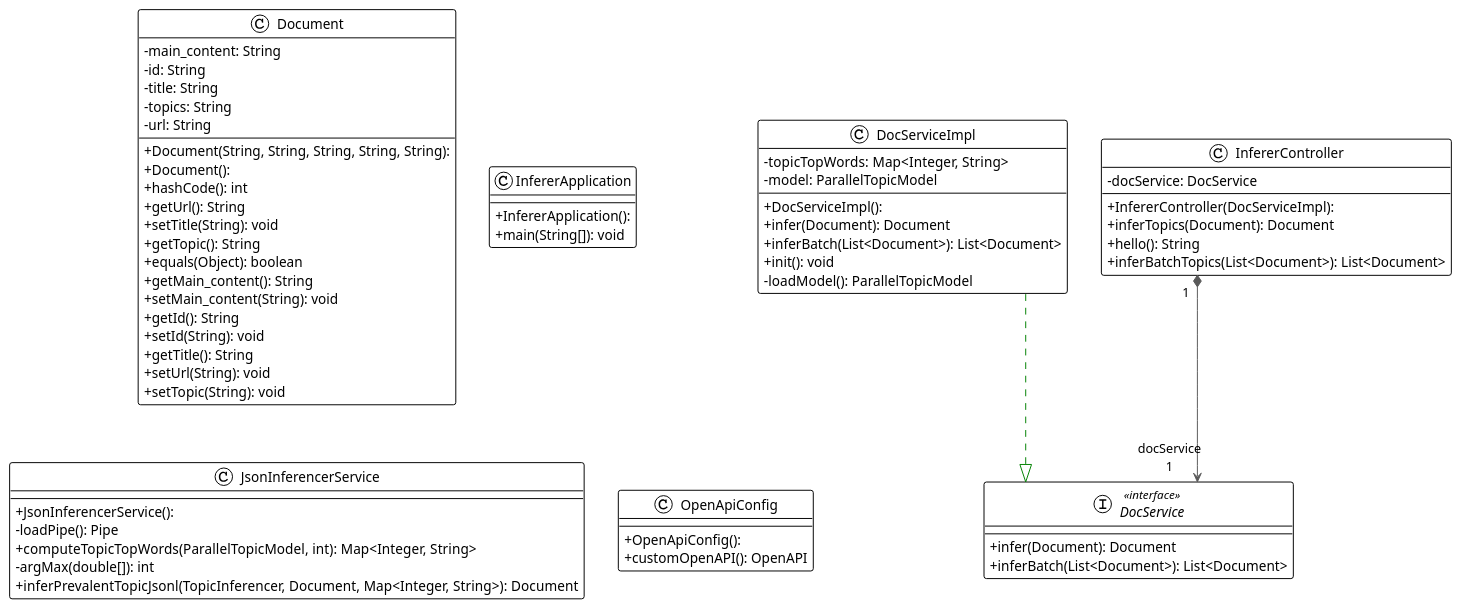
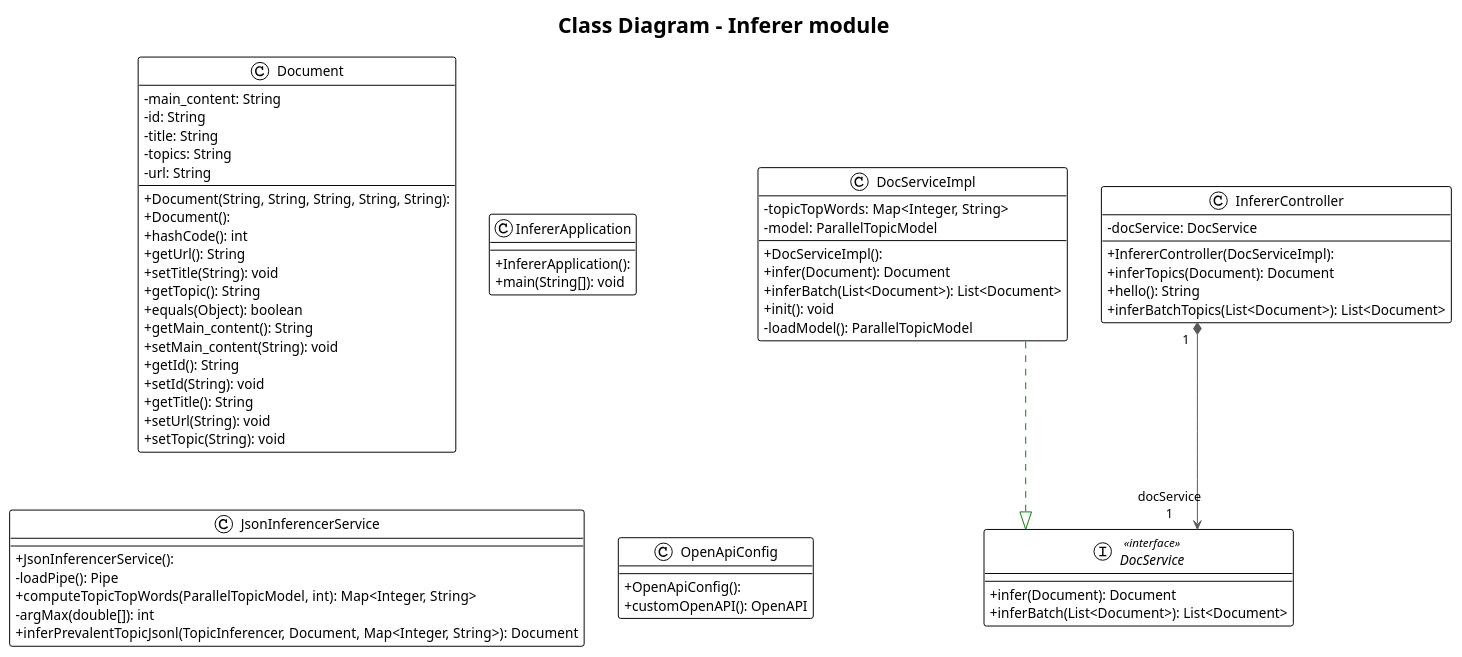
The diagram in documentation/Immagini presentazione/4+1 view model/Logical_structural_view/Class_diagram/inferer_ClassDiagram.plantuml (esspadoo/microservices-web-app), drawn with PlantUML before and after one commit. The commit also changed 7 other files, not shown here.

Commit message:
updated class diagram docs

```diff
--- a/documentation/Immagini presentazione/4+1 view model/Logical_structural_view/Class_diagram/inferer_ClassDiagram.plantuml
+++ b/documentation/Immagini presentazione/4+1 view model/Logical_structural_view/Class_diagram/inferer_ClassDiagram.plantuml
@@ -1,66 +1,68 @@
 @startuml
 !theme plain
 top to bottom direction
 skinparam linetype ortho
 skinparam classAttributeIconSize 0
+
+title Class Diagram - Inferer module
 
 interface DocService << interface >> {
   + infer(Document): Document
   + inferBatch(List<Document>): List<Document>
 }
 class DocServiceImpl {
   + DocServiceImpl(): 
   - topicTopWords: Map<Integer, String>
   - model: ParallelTopicModel
   + infer(Document): Document
   + inferBatch(List<Document>): List<Document>
   + init(): void
   - loadModel(): ParallelTopicModel
 }
 class Document {
   + Document(String, String, String, String, String): 
   + Document(): 
   - main_content: String
   - id: String
   - title: String
   - topics: String
   - url: String
   + hashCode(): int
   + getUrl(): String
   + setTitle(String): void
   + getTopic(): String
   + equals(Object): boolean
   + getMain_content(): String
   + setMain_content(String): void
   + getId(): String
   + setId(String): void
   + getTitle(): String
   + setUrl(String): void
   + setTopic(String): void
 }
 class InfererApplication {
   + InfererApplication(): 
   + main(String[]): void
 }
 class InfererController {
   + InfererController(DocServiceImpl): 
   - docService: DocService
   + inferTopics(Document): Document
   + hello(): String
   + inferBatchTopics(List<Document>): List<Document>
 }
 class JsonInferencerService {
   + JsonInferencerService(): 
   - loadPipe(): Pipe
   + computeTopicTopWords(ParallelTopicModel, int): Map<Integer, String>
   - argMax(double[]): int
   + inferPrevalentTopicJsonl(TopicInferencer, Document, Map<Integer, String>): Document
 }
 class OpenApiConfig {
   + OpenApiConfig(): 
   + customOpenAPI(): OpenAPI
 }
 
 DocServiceImpl         -[#008200,dashed]-^  DocService            
 InfererController     "1" *-[#595959,plain]-> "docService\n1" DocService
 @enduml
```
